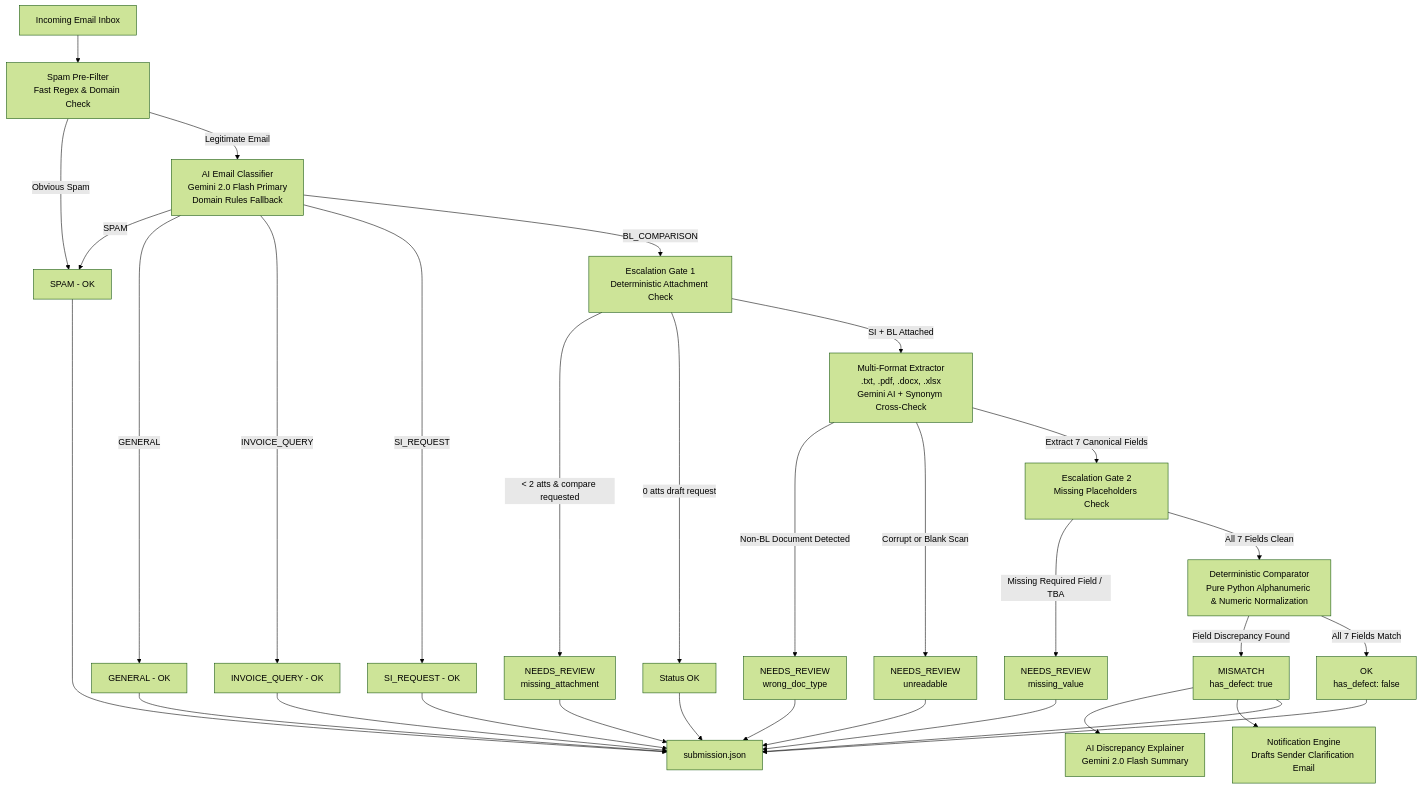
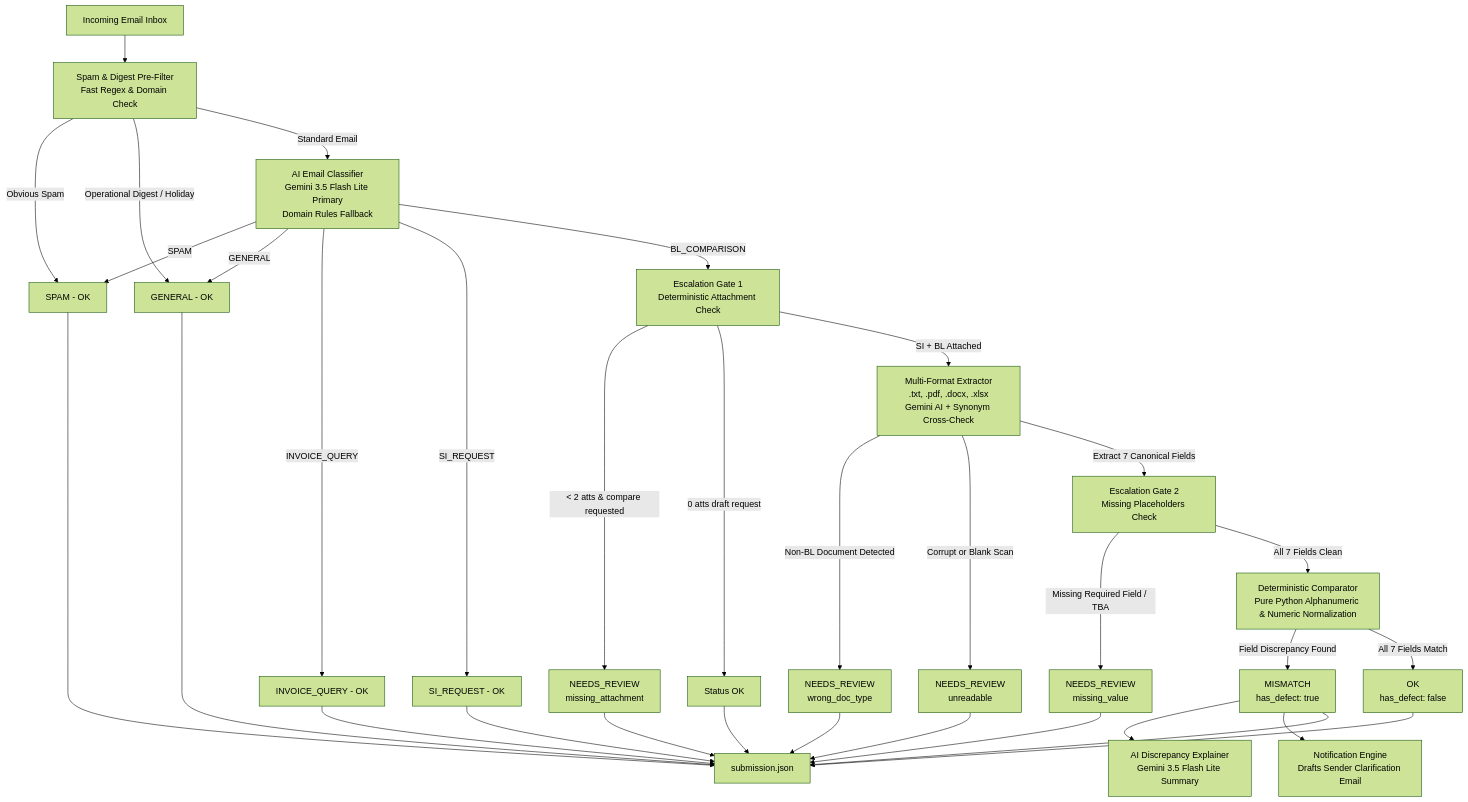
The diagram in README.md (hann-png/averis-hackathon-bobthebuilder), drawn with Mermaid (forest theme) before and after one commit. The commit also changed other lines of this file and 4 other files, not shown here.

Commit message:
docs: restructure README, add data attribution notes, update checklist and architecture guide

````diff
--- a/README.md
+++ b/README.md
@@ -117,41 +122,42 @@
 ```mermaid
 flowchart TD
-    A[Incoming Email Inbox] --> B0[Spam Pre-Filter<br/>Fast Regex & Domain Check]
+    A[Incoming Email Inbox] --> B0[Spam & Digest Pre-Filter<br/>Fast Regex & Domain Check]
     B0 -->|Obvious Spam| C1[SPAM - OK]
-    B0 -->|Legitimate Email| B[AI Email Classifier<br/>Gemini 2.0 Flash Primary<br/>Domain Rules Fallback]
+    B0 -->|Operational Digest / Holiday| C2[GENERAL - OK]
+    B0 -->|Standard Email| B[AI Email Classifier<br/>Gemini 3.5 Flash Lite Primary<br/>Domain Rules Fallback]
     
     B -->|SPAM| C1
-    B -->|GENERAL| C2[GENERAL - OK]
+    B -->|GENERAL| C2
     B -->|INVOICE_QUERY| C3[INVOICE_QUERY - OK]
     B -->|SI_REQUEST| C4[SI_REQUEST - OK]
     B -->|BL_COMPARISON| D[Escalation Gate 1<br/>Deterministic Attachment Check]
     
     D -->|< 2 atts & compare requested| E1[NEEDS_REVIEW<br/>missing_attachment]
     D -->|0 atts draft request| E2[Status OK]
     D -->|SI + BL Attached| F[Multi-Format Extractor<br/>.txt, .pdf, .docx, .xlsx<br/>Gemini AI + Synonym Cross-Check]
     
     F -->|Non-BL Document Detected| G1[NEEDS_REVIEW<br/>wrong_doc_type]
     F -->|Corrupt or Blank Scan| G2[NEEDS_REVIEW<br/>unreadable]
     F -->|Extract 7 Canonical Fields| H[Escalation Gate 2<br/>Missing Placeholders Check]
     
     H -->|Missing Required Field / TBA| G3[NEEDS_REVIEW<br/>missing_value]
     H -->|All 7 Fields Clean| I[Deterministic Comparator<br/>Pure Python Alphanumeric & Numeric Normalization]
     
     I -->|Field Discrepancy Found| J1[MISMATCH<br/>has_defect: true]
     I -->|All 7 Fields Match| J2[OK<br/>has_defect: false]
     
-    J1 --> J3[AI Discrepancy Explainer<br/>Gemini 2.0 Flash Summary]
+    J1 --> J3[AI Discrepancy Explainer<br/>Gemini 3.5 Flash Lite Summary]
     J1 --> J4[Notification Engine<br/>Drafts Sender Clarification Email]
     
     J1 --> K[submission.json]
     J2 --> K
     C1 --> K
     C2 --> K
     C3 --> K
     C4 --> K
     E1 --> K
     E2 --> K
     G1 --> K
     G2 --> K
     G3 --> K
 ```
````
